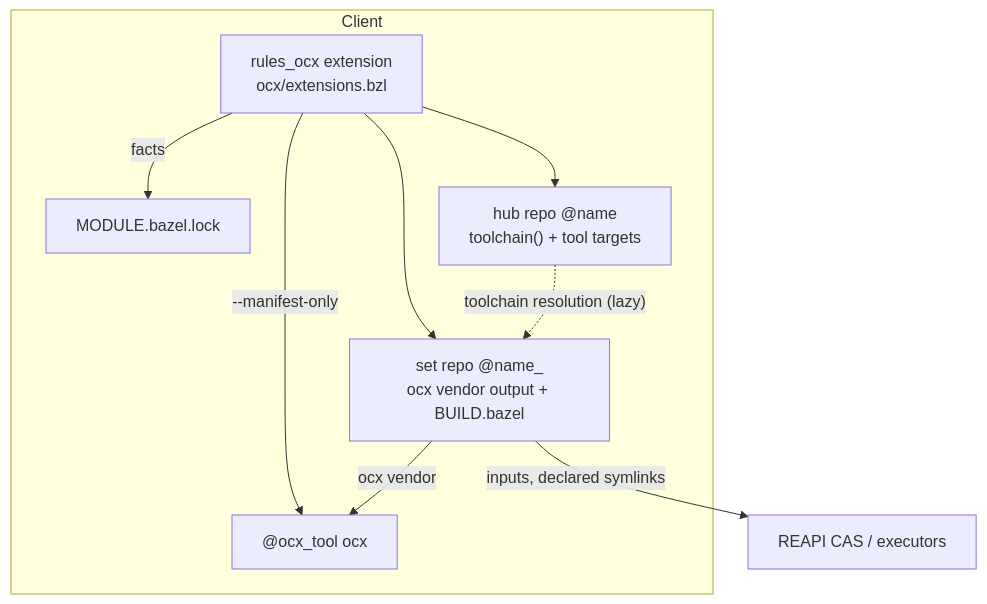
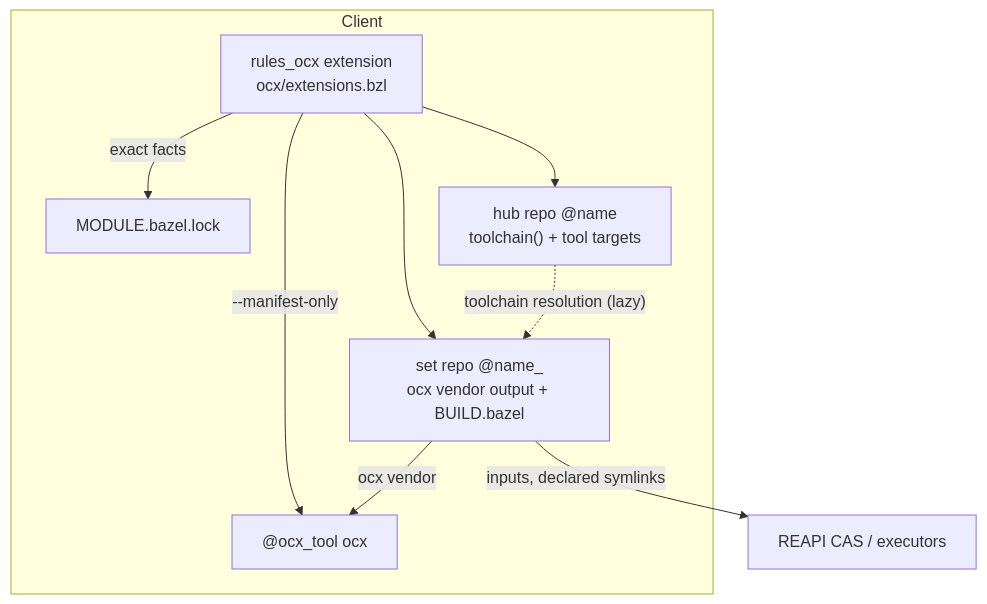
One commit to ocx-sh/ocx changed the second of 3 diagrams in .claude/artifacts/system_design_vendor_rules_ocx.md. Above: the diagram before and after it, drawn with Mermaid. The commit also changed other lines of this file and 1 other file, not shown here.

````diff
--- a/.claude/artifacts/system_design_vendor_rules_ocx.md
+++ b/.claude/artifacts/system_design_vendor_rules_ocx.md
@@ -47,12 +47,12 @@
 ```mermaid
 graph TB
     subgraph Client
       Ext["rules_ocx extension<br/>ocx/extensions.bzl"] -->|"--manifest-only"| OCXB["@ocx_tool ocx"]
-      Ext -->|facts| Lock["MODULE.bazel.lock"]
+      Ext -->|exact facts| Lock["MODULE.bazel.lock"]
       Ext --> Hub["hub repo @name<br/>toolchain() + tool targets"]
       Ext --> Set["set repo @name_<platform><br/>ocx vendor output + BUILD.bazel"]
       Set -->|"ocx vendor"| OCXB
     end
     Hub -.->|"toolchain resolution (lazy)"| Set
     Set -->|"inputs, declared symlinks"| RBE["REAPI CAS / executors"]
 ```
````
